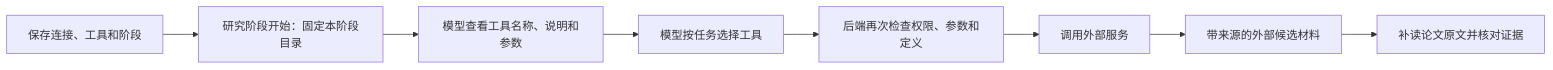
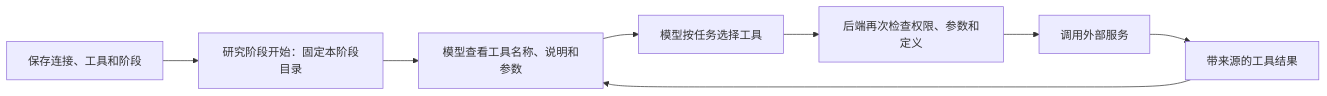
Before and after one commit to Huang-Xinghao/paper_agent: the diagram in docs/guides/mcp.md, drawn with Mermaid. The commit also changed other lines of this file and 7 other files, not shown here.

````diff
--- a/docs/guides/mcp.md
+++ b/docs/guides/mcp.md
@@ -19,10 +19,10 @@
 ```mermaid
 flowchart LR
     A[保存连接、工具和阶段] --> B[研究阶段开始：固定本阶段目录]
     B --> C[模型查看工具名称、说明和参数]
     C --> D[模型按任务选择工具]
     D --> E[后端再次检查权限、参数和定义]
     E --> F[调用外部服务]
-    F --> G[带来源的外部候选材料]
-    G --> H[补读论文原文并核对证据]
+    F --> G[带来源的工具结果]
+    G --> C
 ```
````
